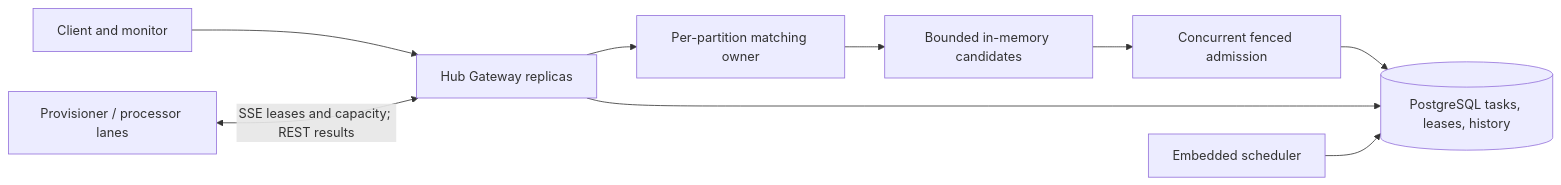
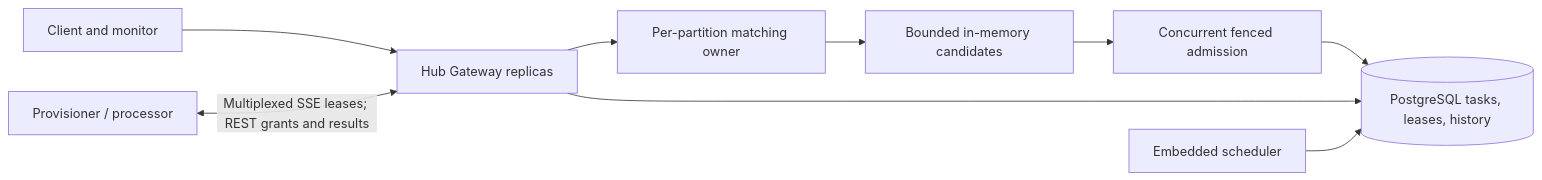
One commit to thanhhaictld/workflow-core changed the first of 2 diagrams in scaling/README.md. Above: the diagram before and after it, drawn with Mermaid. The commit also changed 26 other files, not shown here.

````diff
--- a/scaling/README.md
+++ b/scaling/README.md
@@ -36,11 +36,11 @@
 ```mermaid
 flowchart LR
     API[Client and monitor] --> HUB[Hub Gateway replicas]
-    WORKER[Provisioner / processor lanes] <-->|SSE leases and capacity; REST results| HUB
+    WORKER[Provisioner / processor] <-->|Multiplexed SSE leases; REST grants and results| HUB
     HUB --> OWNER[Per-partition matching owner]
     OWNER --> BUF[Bounded in-memory candidates]
     BUF --> ADMIT[Concurrent fenced admission]
     ADMIT --> PG[(PostgreSQL tasks, leases, history)]
     HUB --> PG
     SCHED[Embedded scheduler] --> PG
 ```
````
